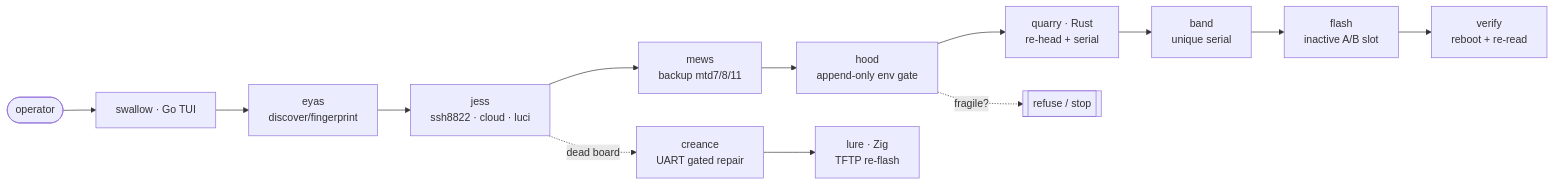
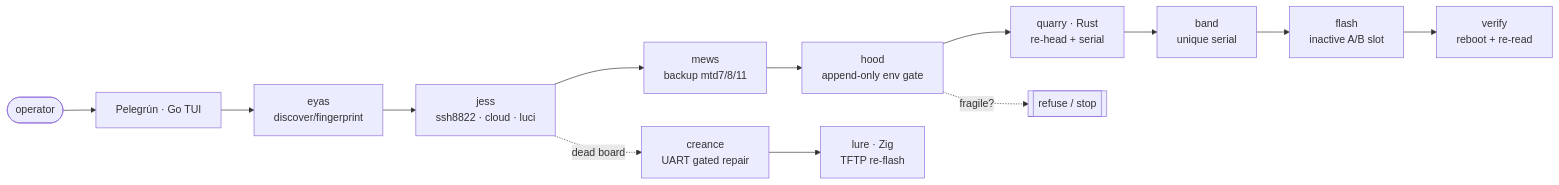
Before and after one commit to ParkWardRR/pelegrun-ap-hk07-firmware-tools: the diagram in README.md, drawn with Mermaid. The commit also changed other lines of this file and 50 other files, not shown here.

First line of the commit message:
refactor: rename project swallow → Pelegrún

````diff
--- a/README.md
+++ b/README.md
@@ -100,15 +100,15 @@
 ```mermaid
 flowchart LR
-  U([operator]) --> S[swallow · Go TUI]
+  U([operator]) --> S[Pelegrún · Go TUI]
   S --> E[eyas<br/>discover/fingerprint]
   E --> J[jess<br/>ssh8822 · cloud · luci]
   J --> M[mews<br/>backup mtd7/8/11]
   M --> H[hood<br/>append-only env gate]
   H --> Q[quarry · Rust<br/>re-head + serial]
   Q --> B[band<br/>unique serial]
   B --> F[flash<br/>inactive A/B slot]
   F --> V[verify<br/>reboot + re-read]
   H -. fragile? .-> X[[refuse / stop]]
   J -. dead board .-> C[creance<br/>UART gated repair]
   C --> L[lure · Zig<br/>TFTP re-flash]
 ```
````
